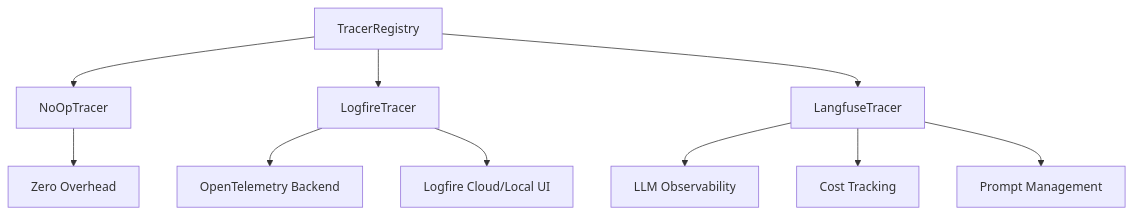
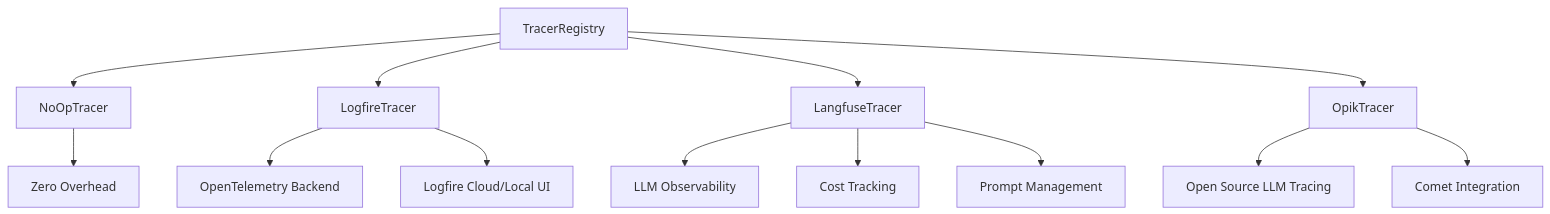
One commit to ax-foundry/axion changed the diagram in docs/deep-dives/internals/tracing.md. Above: the diagram before and after it, drawn with Mermaid. The commit also changed other lines of this file and 11 other files, not shown here.

Commit message:
opik tracing

````diff
--- a/docs/deep-dives/internals/tracing.md
+++ b/docs/deep-dives/internals/tracing.md
@@ -52,13 +53,16 @@
 ```mermaid
 graph TD
     A[TracerRegistry] --> B[NoOpTracer]
     A --> C[LogfireTracer]
     A --> D[LangfuseTracer]
+    A --> E[OpikTracer]
 
-    B --> E[Zero Overhead]
-    C --> F[OpenTelemetry Backend]
-    C --> G[Logfire Cloud/Local UI]
-    D --> H[LLM Observability]
-    D --> I[Cost Tracking]
-    D --> J[Prompt Management]
+    B --> F[Zero Overhead]
+    C --> G[OpenTelemetry Backend]
+    C --> H[Logfire Cloud/Local UI]
+    D --> I[LLM Observability]
+    D --> J[Cost Tracking]
+    D --> K[Prompt Management]
+    E --> L[Open Source LLM Tracing]
+    E --> M[Comet Integration]
 ```
````
